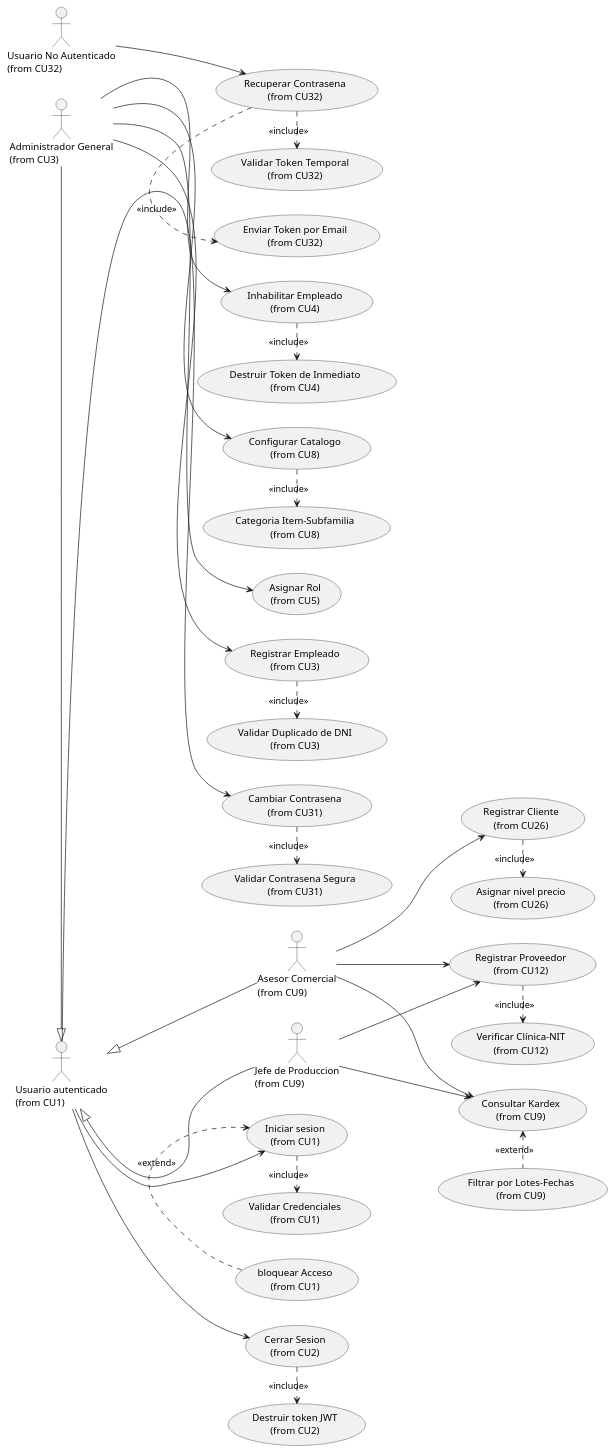
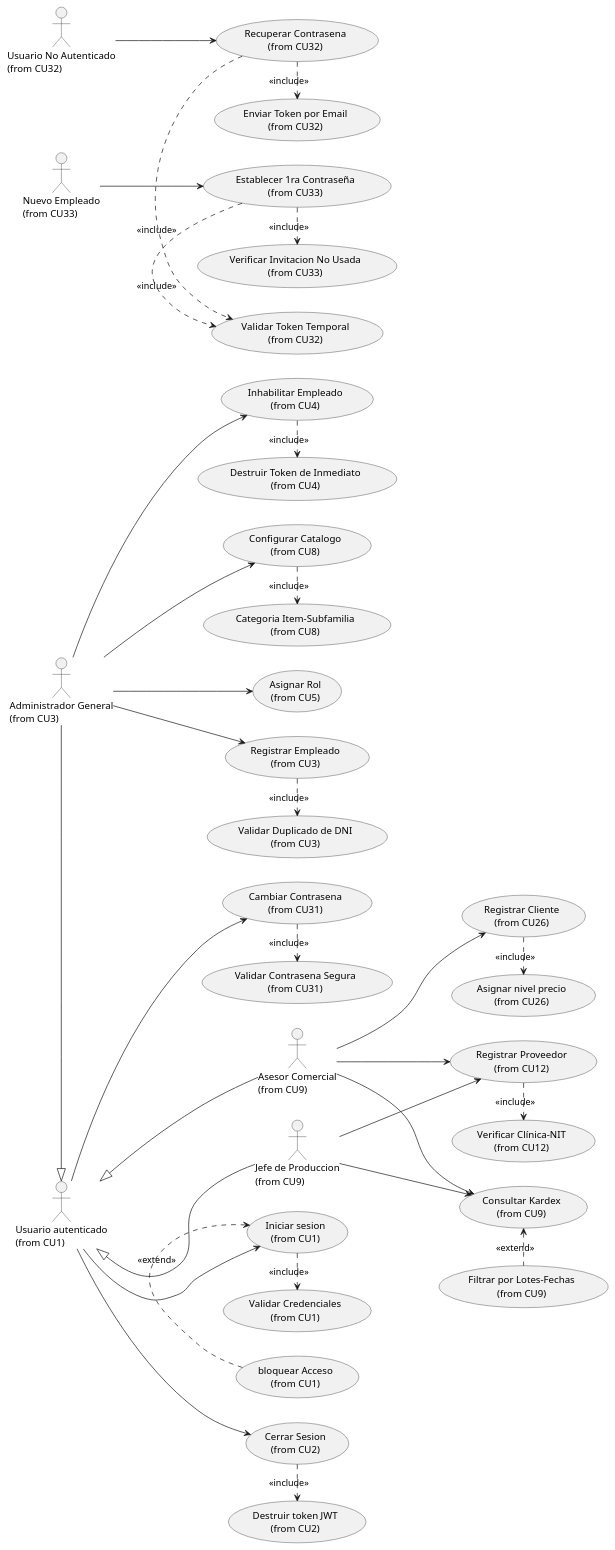
Diagram 19 of 46 in PROYECTO-MAIN/oficial/OFICIAL.md (INGvainilla/grulacOFICIAL), drawn with PlantUML before and after one commit. The commit also changed other lines of this file and 21 other files, not shown here.

````diff
--- a/PROYECTO-MAIN/oficial/OFICIAL.md
+++ b/PROYECTO-MAIN/oficial/OFICIAL.md
@@ -2186,73 +2274,80 @@
 ```plantuml
 @startuml UC_Ciclo1
 left to right direction
 skinparam packageStyle rectangle
 
 actor "Administrador General\n(from CU3)" as Admin
 actor "Usuario autenticado\n(from CU1)" as Usuario
 actor "Asesor Comercial\n(from CU9)" as Asesor
 actor "Jefe de Produccion\n(from CU9)" as JefeProd
 
 usecase "Registrar Empleado\n(from CU3)" as CU3
 usecase "Validar Duplicado de DNI\n(from CU3)" as V_DNI
 usecase "Inhabilitar Empleado\n(from CU4)" as CU4
 usecase "Destruir Token de Inmediato\n(from CU4)" as D_Token_Inm
 usecase "Asignar Rol\n(from CU5)" as CU5
 usecase "Configurar Catalogo\n(from CU8)" as CU8
 usecase "Categoria Item-Subfamilia\n(from CU8)" as C_Item
 
 usecase "Iniciar sesion\n(from CU1)" as CU1
 usecase "Validar Credenciales\n(from CU1)" as V_Cred
 usecase "bloquear Acceso\n(from CU1)" as B_Acceso
 usecase "Cerrar Sesion\n(from CU2)" as CU2
 usecase "Destruir token JWT\n(from CU2)" as D_Token_JWT
 usecase "Cambiar Contrasena\n(from CU31)" as CU31
 usecase "Validar Contrasena Segura\n(from CU31)" as V_Pass
 usecase "Recuperar Contrasena\n(from CU32)" as CU32
 usecase "Enviar Token por Email\n(from CU32)" as E_Token
 usecase "Validar Token Temporal\n(from CU32)" as V_Token
 
 usecase "Consultar Kardex\n(from CU9)" as CU9
 usecase "Filtrar por Lotes-Fechas\n(from CU9)" as F_Lotes
 usecase "Registrar Cliente\n(from CU26)" as CU26
 usecase "Asignar nivel precio\n(from CU26)" as A_Precio
 usecase "Registrar Proveedor\n(from CU12)" as CU12
 usecase "Verificar Clínica-NIT\n(from CU12)" as V_Nit
 
 Admin --> CU3
 Admin --> CU4
 Admin --> CU5
 Admin --> CU8
 CU3 .> V_DNI : <<include>>
 CU4 .> D_Token_Inm : <<include>>
 CU8 .> C_Item : <<include>>
 
 Admin -right-|> Usuario
 Asesor -up-|> Usuario
 JefeProd -up-|> Usuario
 
 Usuario --> CU1
 Usuario --> CU2
 Usuario --> CU31
 CU1 .> V_Cred : <<include>>
 CU1 <. B_Acceso : <<extend>>
 CU2 .> D_Token_JWT : <<include>>
 CU31 .> V_Pass : <<include>>
 
 actor "Usuario No Autenticado\n(from CU32)" as NoAuth
 NoAuth --> CU32
 CU32 .> E_Token : <<include>>
 CU32 .> V_Token : <<include>>
 
+actor "Nuevo Empleado\n(from CU33)" as Invitado
+usecase "Establecer 1ra Contraseña\n(from CU33)" as CU33
+usecase "Verificar Invitacion No Usada\n(from CU33)" as V_Inv
+Invitado --> CU33
+CU33 .> V_Token : <<include>>
+CU33 .> V_Inv : <<include>>
+
 Asesor --> CU9
 Asesor --> CU26
 Asesor --> CU12
 CU9 <. F_Lotes : <<extend>>
 CU26 .> A_Precio : <<include>>
 
 JefeProd --> CU9
 JefeProd --> CU12
 CU12 .> V_Nit : <<include>>
 
 @enduml
 ```
````
